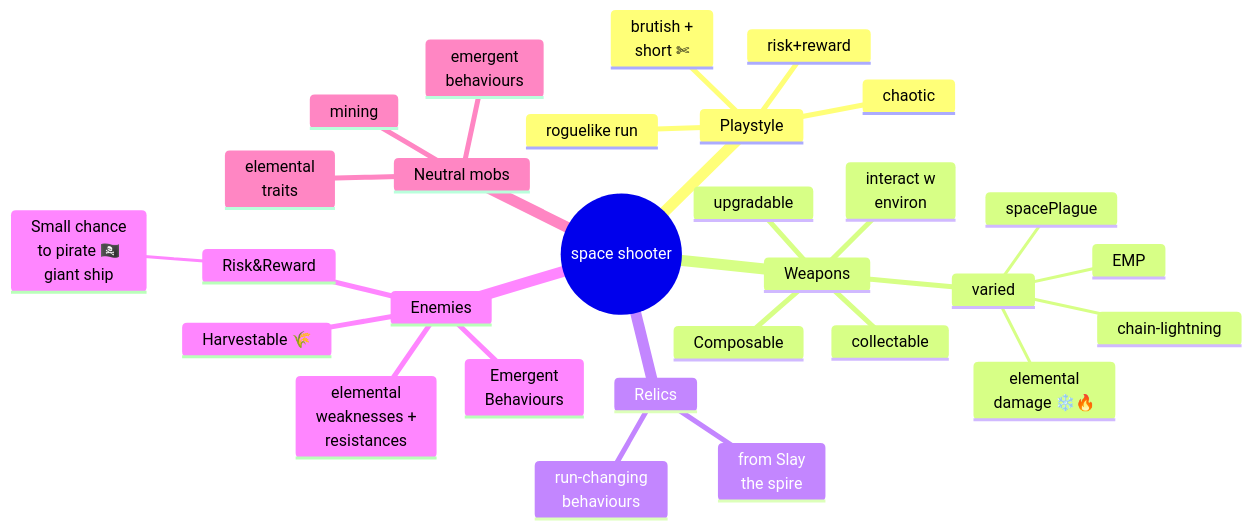
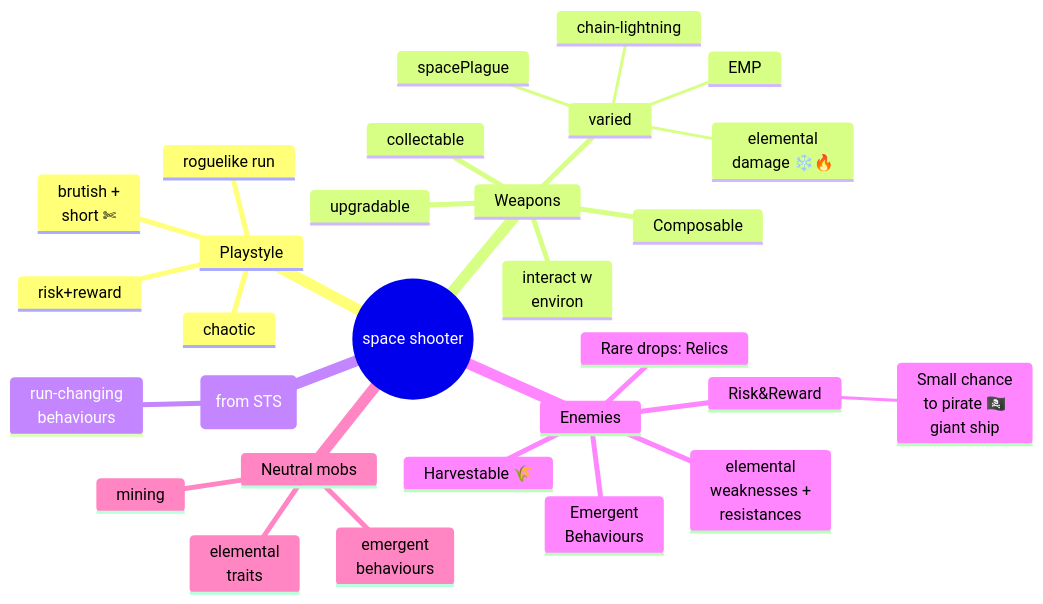
One commit to nbogie/p5js-space-scroller changed the diagram in docs/todo.md. Above: the diagram before and after it, drawn with Mermaid. The commit also changed other lines of this file, not shown here.

````diff
--- a/docs/todo.md
+++ b/docs/todo.md
@@ -22,33 +22,33 @@
 ```mermaid
 %%{init: {'theme': 'default'}}%%
 mindmap
   root((space shooter))
     Playstyle
       roguelike run
       risk+reward
       chaotic
       brutish +<br/>short ✄
     Weapons
       Composable
       varied
         elemental<br/>damage ❄️🔥
         spacePlague
         EMP
         chain-lightning
       interact w<br/>environ
       collectable
       upgradable
-    Relics
-      from Slay <br/>the spire
+    Relics (from STS)
       run-changing<br/>behaviours
     Enemies
       Emergent<br/>Behaviours
       Risk&Reward
         Small chance<br/>to pirate 🏴‍☠️<br/>giant ship
       elemental<br/>weaknesses +<br/>resistances
       Harvestable 🌾
+      Rare drops: Relics
     Neutral mobs
       elemental<br/>traits
       emergent<br/>behaviours
       mining
 ```
````
